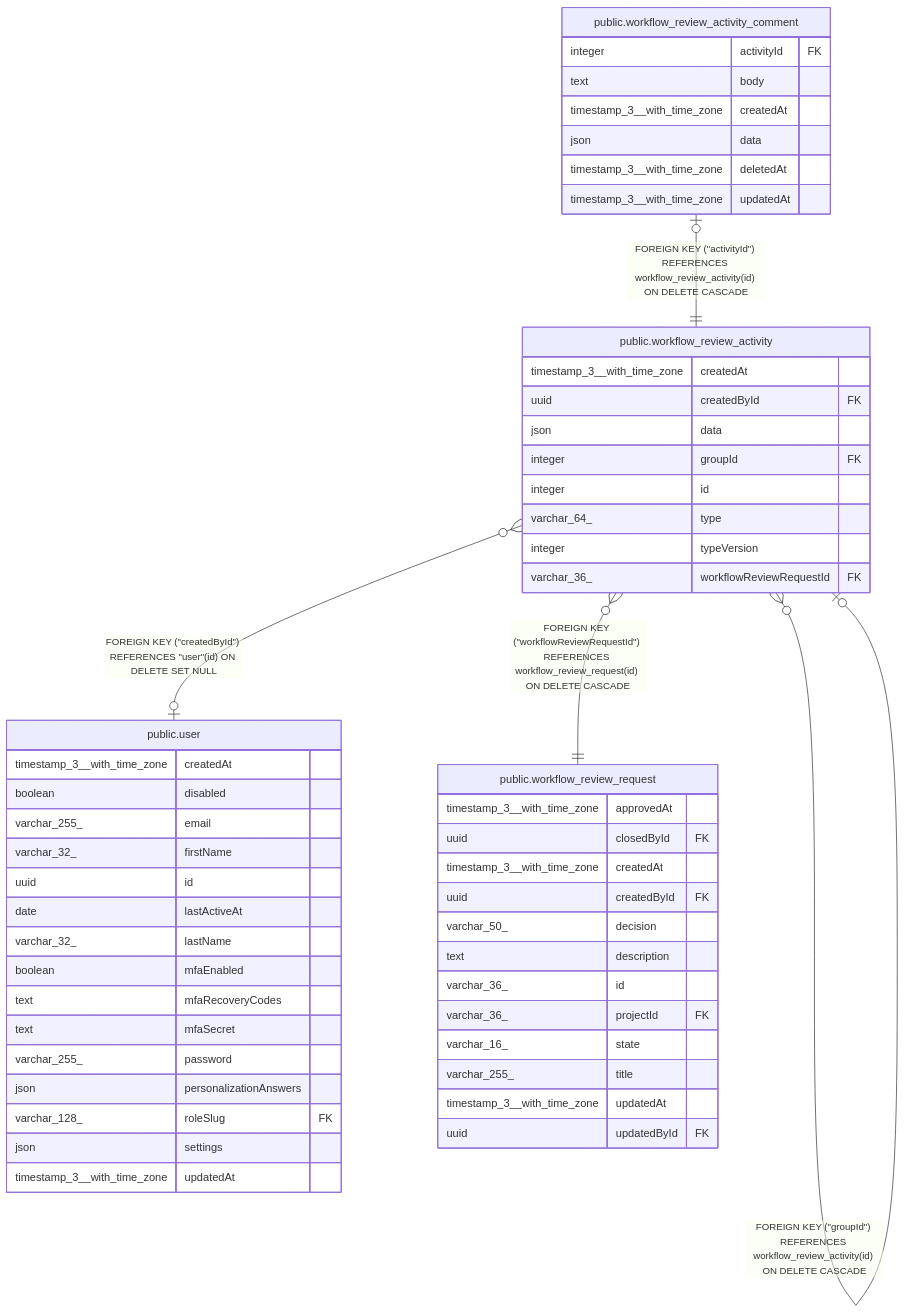
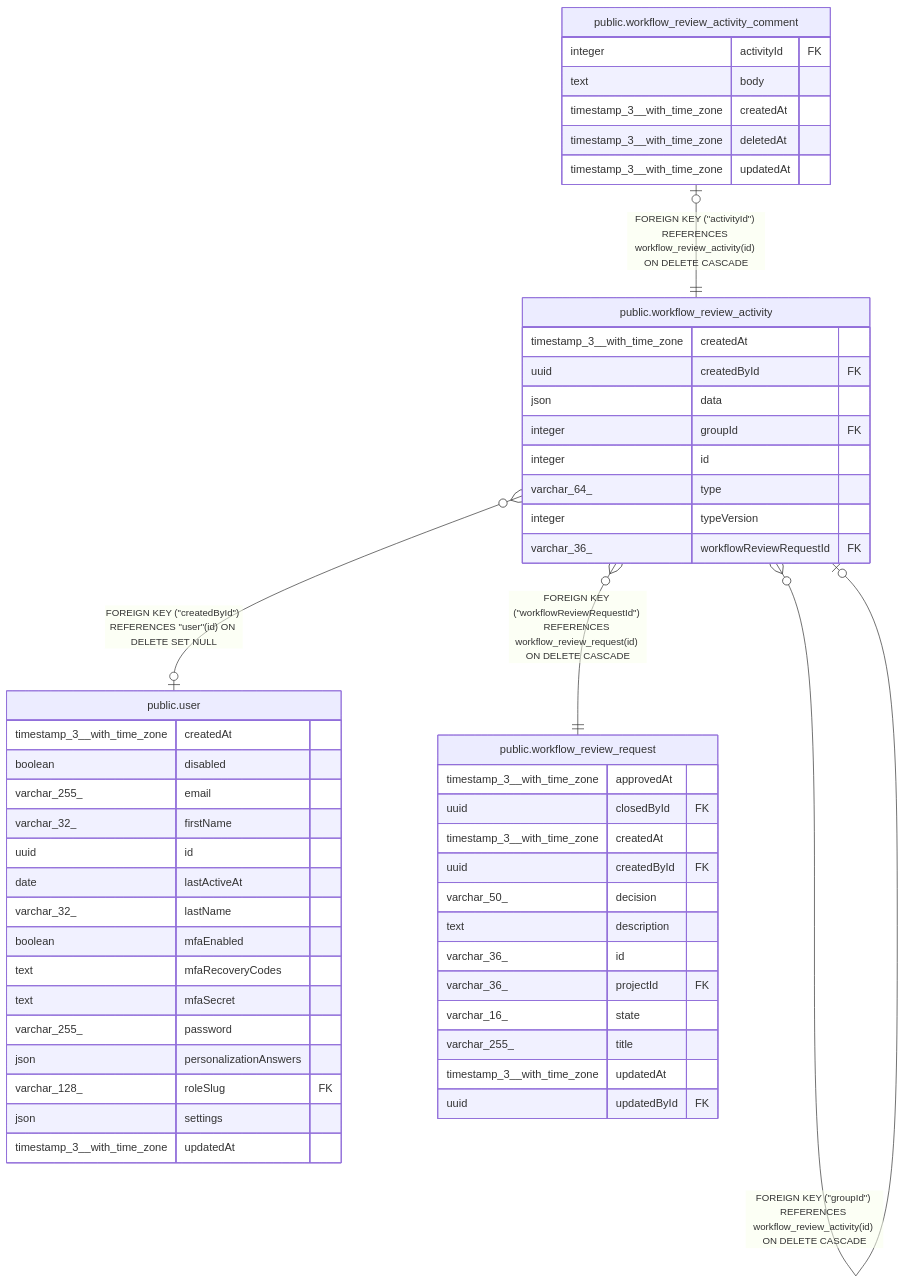
The diagram in docs/generated/postgres-schema/public.workflow_review_activity.md (mayankjain1815-commits/n8n), drawn with Mermaid before and after one commit. The commit also changed other lines of this file and 10 other files, not shown here.

First line of the commit message:
fix(core): Address review on workflow review activity schema

````diff
--- a/docs/generated/postgres-schema/public.workflow_review_activity.md
+++ b/docs/generated/postgres-schema/public.workflow_review_activity.md
@@ -40,58 +40,57 @@
 ```mermaid
 erDiagram
 
 "public.workflow_review_activity" }o--o| "public.user" : "FOREIGN KEY (#quot;createdById#quot;) REFERENCES #quot;user#quot;(id) ON DELETE SET NULL"
 "public.workflow_review_activity" }o--o| "public.workflow_review_activity" : "FOREIGN KEY (#quot;groupId#quot;) REFERENCES workflow_review_activity(id) ON DELETE CASCADE"
 "public.workflow_review_activity_comment" |o--|| "public.workflow_review_activity" : "FOREIGN KEY (#quot;activityId#quot;) REFERENCES workflow_review_activity(id) ON DELETE CASCADE"
 "public.workflow_review_activity" }o--|| "public.workflow_review_request" : "FOREIGN KEY (#quot;workflowReviewRequestId#quot;) REFERENCES workflow_review_request(id) ON DELETE CASCADE"
 
 "public.workflow_review_activity" {
   timestamp_3__with_time_zone createdAt
   uuid createdById FK
   json data
   integer groupId FK
   integer id
   varchar_64_ type
   integer typeVersion
   varchar_36_ workflowReviewRequestId FK
 }
 "public.user" {
   timestamp_3__with_time_zone createdAt
   boolean disabled
   varchar_255_ email
   varchar_32_ firstName
   uuid id
   date lastActiveAt
   varchar_32_ lastName
   boolean mfaEnabled
   text mfaRecoveryCodes
   text mfaSecret
   varchar_255_ password
   json personalizationAnswers
   varchar_128_ roleSlug FK
   json settings
   timestamp_3__with_time_zone updatedAt
 }
 "public.workflow_review_activity_comment" {
   integer activityId FK
   text body
   timestamp_3__with_time_zone createdAt
-  json data
   timestamp_3__with_time_zone deletedAt
   timestamp_3__with_time_zone updatedAt
 }
 "public.workflow_review_request" {
   timestamp_3__with_time_zone approvedAt
   uuid closedById FK
   timestamp_3__with_time_zone createdAt
   uuid createdById FK
   varchar_50_ decision
   text description
   varchar_36_ id
   varchar_36_ projectId FK
   varchar_16_ state
   varchar_255_ title
   timestamp_3__with_time_zone updatedAt
   uuid updatedById FK
 }
 ```
````
